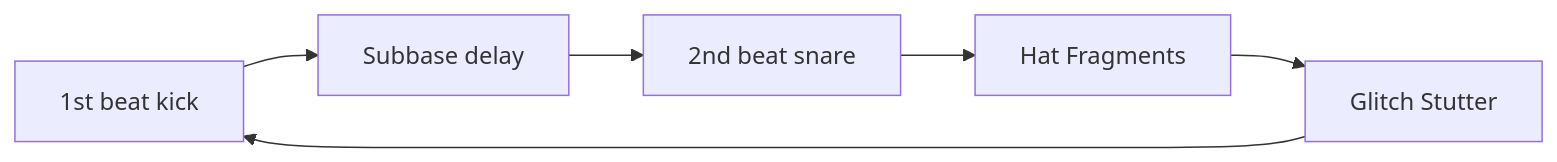
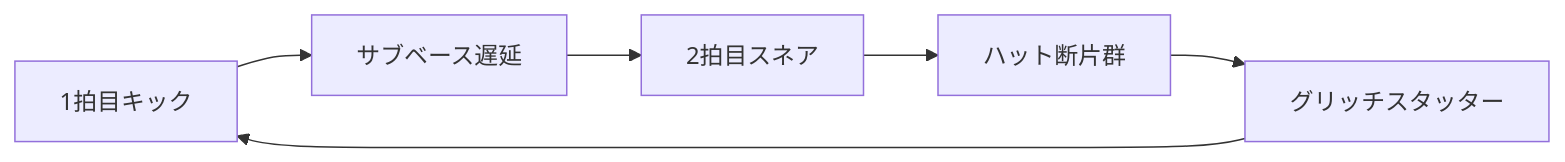
One commit to monumental-movement/monumental-movement.github.io changed the third of 4 diagrams in en/_posts/2025-12-18-column-glitch-hop.md. Above: the diagram before and after it, drawn with Mermaid. The commit also changed other lines of this file and 775 other files, not shown here.

```diff
--- a/en/_posts/2025-12-18-column-glitch-hop.md
+++ b/en/_posts/2025-12-18-column-glitch-hop.md
@@ -167,8 +167,8 @@
 <div class="mermaid">
 flowchart LR
-    A["1st beat kick"] --> B["Subbase delay"]
-    B --> C["2nd beat snare"]
-    C --> D["Hat Fragments"]
-    D --> E["Glitch Stutter"]
+    A["1拍目キック"] --> B["サブベース遅延"]
+    B --> C["2拍目スネア"]
+    C --> D["ハット断片群"]
+    D --> E["グリッチスタッター"]
     E --> A
 </div>
```
